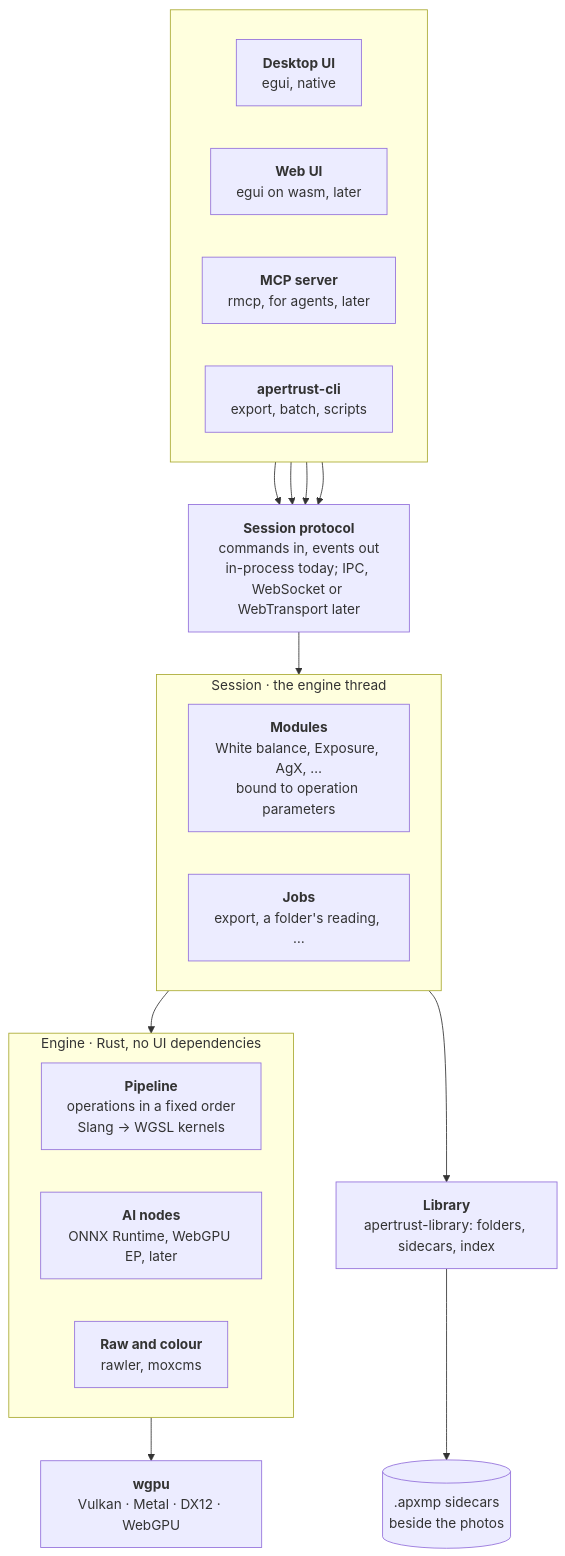
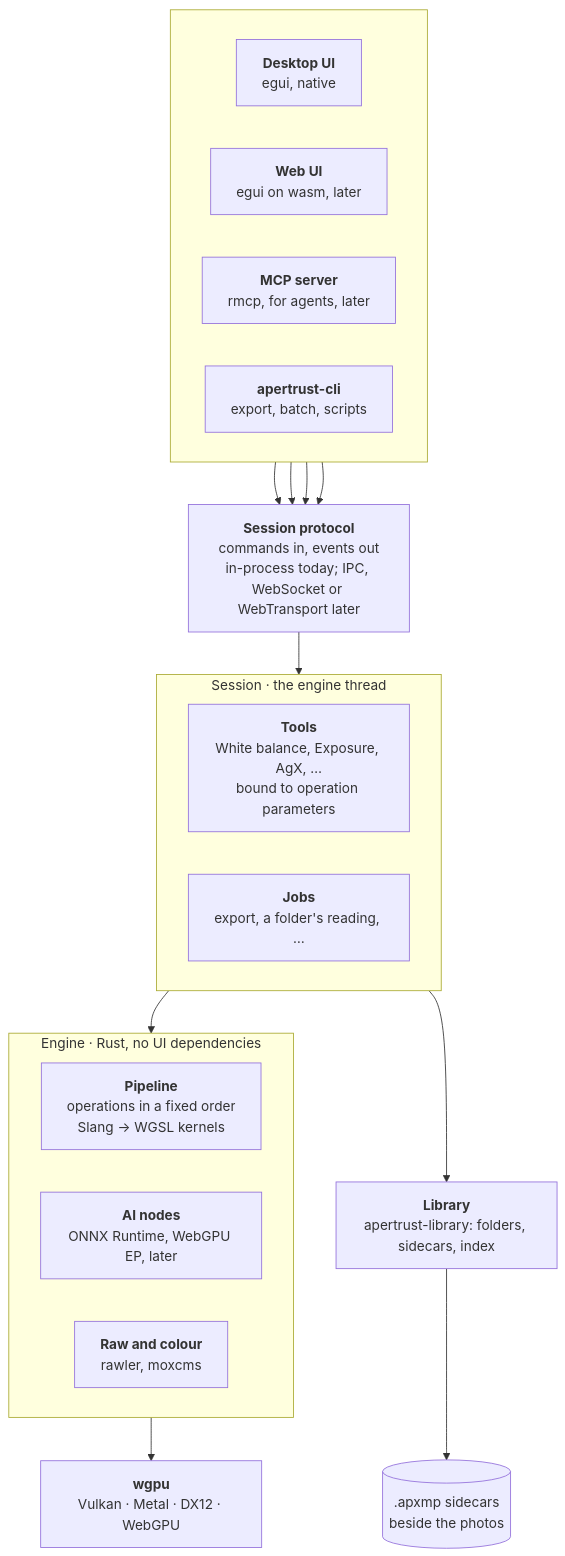
The first of 2 diagrams in docs/architecture.md (apertrust/apertrust), drawn with Mermaid before and after one commit. The commit also changed other lines of this file and 177 other files, not shown here.

````diff
--- a/docs/architecture.md
+++ b/docs/architecture.md
@@ -34,34 +34,34 @@
 ```mermaid
 flowchart TB
     subgraph clients[" "]
         direction LR
         desktop["<b>Desktop UI</b><br/>egui, native"]
         web["<b>Web UI</b><br/>egui on wasm, later"]
         mcp["<b>MCP server</b><br/>rmcp, for agents, later"]
         cli["<b>apertrust-cli</b><br/>export, batch, scripts"]
     end
     protocol["<b>Session protocol</b><br/>commands in, events out<br/>in-process today; IPC, WebSocket or WebTransport later"]
     subgraph session["Session · the engine thread"]
         direction LR
-        modules["<b>Modules</b><br/>White balance, Exposure, AgX, …<br/>bound to operation parameters"]
+        tools["<b>Tools</b><br/>White balance, Exposure, AgX, …<br/>bound to operation parameters"]
         jobs["<b>Jobs</b><br/>export, a folder's reading, …"]
     end
     subgraph engine["Engine · Rust, no UI dependencies"]
         direction LR
         pipeline["<b>Pipeline</b><br/>operations in a fixed order<br/>Slang → WGSL kernels"]
         ai["<b>AI nodes</b><br/>ONNX Runtime, WebGPU EP, later"]
         raw["<b>Raw and colour</b><br/>rawler, moxcms"]
     end
     library["<b>Library</b><br/>apertrust-library: folders, sidecars, index"]
     files[(".apxmp sidecars<br/>beside the photos")]
     wgpu["<b>wgpu</b><br/>Vulkan · Metal · DX12 · WebGPU"]
     desktop --> protocol
     web --> protocol
     mcp --> protocol
     cli --> protocol
     protocol --> session
     session --> engine
     session --> library
     library --> files
     engine --> wgpu
 ```
````
